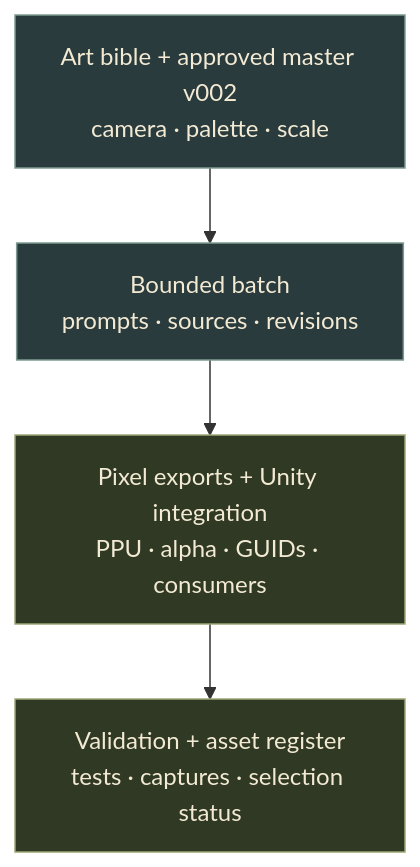
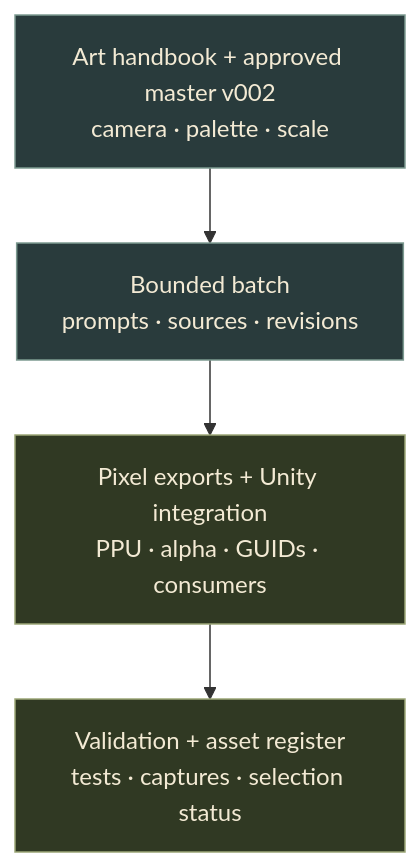
The third of 3 diagrams in README.md (slavisa-simic/tower-defense-ai), drawn with Mermaid before and after one commit. The commit also changed other lines of this file and 16 other files, not shown here.

````diff
--- a/README.md
+++ b/README.md
@@ -195,12 +195,12 @@
 ```mermaid
 flowchart TD
     accTitle: Art production and integration workflow
-    accDescr: A bounded brief and art bible reuse the approved master, followed by recorded source batches, pixel exports, existing Unity presentation consumers, and validation evidence.
-    Direction["Art bible + approved master v002<br/>camera · palette · scale"] --> Batch["Bounded batch<br/>prompts · sources · revisions"]
+    accDescr: A bounded brief and art handbook reuse the approved master, followed by recorded source batches, pixel exports, existing Unity presentation consumers, and validation evidence.
+    Direction["Art handbook + approved master v002<br/>camera · palette · scale"] --> Batch["Bounded batch<br/>prompts · sources · revisions"]
     Batch --> Integration["Pixel exports + Unity integration<br/>PPU · alpha · GUIDs · consumers"]
     Integration --> Evidence["Validation + asset register<br/>tests · captures · selection status"]
     classDef data fill:#293b3c,stroke:#7d9b91,color:#f3ead4
     classDef state fill:#303923,stroke:#9ca777,color:#f3ead4
     class Direction,Batch data
     class Integration,Evidence state
 ```
````
